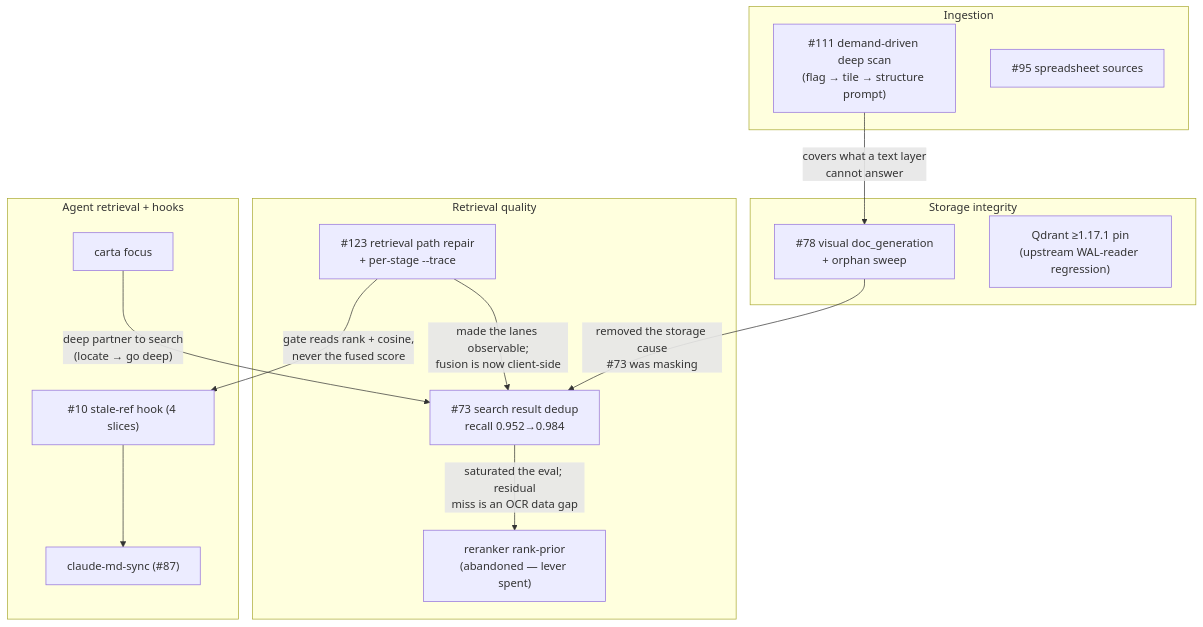
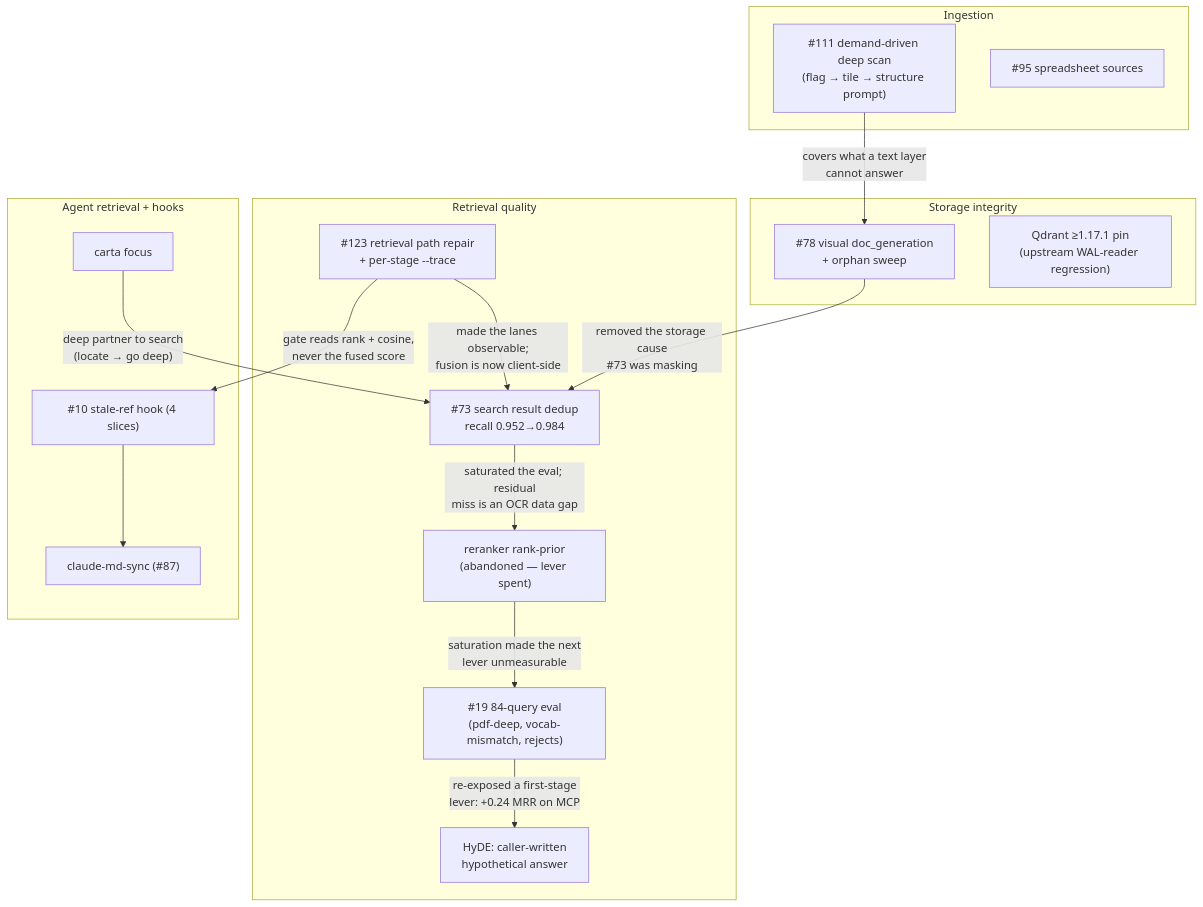
The first of 2 diagrams in docs/ROADMAP.md (Ian-q/Carta), drawn with Mermaid before and after one commit. The commit also changed other lines of this file and 14 other files, not shown here.

First line of the commit message:
feat(search): HyDE — search with a caller-written hypothetical answer (+0.24 MRR on the MCP path) (#126)

````diff
--- a/docs/ROADMAP.md
+++ b/docs/ROADMAP.md
@@ -19,28 +21,32 @@
 ```mermaid
 flowchart TD
     subgraph retrieval["Retrieval quality"]
         DEDUP["#73 search result dedup<br/>recall 0.952→0.984"]
         RERANK["reranker rank-prior<br/>(abandoned — lever spent)"]
         REPAIR["#123 retrieval path repair<br/>+ per-stage --trace"]
+        EVAL2["#19 84-query eval<br/>(pdf-deep, vocab-mismatch, rejects)"]
+        HYDE["HyDE: caller-written<br/>hypothetical answer"]
     end
     subgraph storage["Storage integrity"]
         VIS["#78 visual doc_generation<br/>+ orphan sweep"]
         WAL["Qdrant ≥1.17.1 pin<br/>(upstream WAL-reader regression)"]
     end
     subgraph ingest["Ingestion"]
         DEEP["#111 demand-driven deep scan<br/>(flag → tile → structure prompt)"]
         SHEET["#95 spreadsheet sources"]
     end
     subgraph agent["Agent retrieval + hooks"]
         FOCUS["carta focus"]
         HOOK["#10 stale-ref hook (4 slices)"]
         SYNC["claude-md-sync (#87)"]
     end
     VIS -- "removed the storage cause<br/>#73 was masking" --> DEDUP
     DEDUP -- "saturated the eval; residual<br/>miss is an OCR data gap" --> RERANK
     REPAIR -- "made the lanes observable;<br/>fusion is now client-side" --> DEDUP
     REPAIR -- "gate reads rank + cosine,<br/>never the fused score" --> HOOK
     DEEP -- "covers what a text layer<br/>cannot answer" --> VIS
     HOOK --> SYNC
     FOCUS -- "deep partner to search<br/>(locate → go deep)" --> DEDUP
+    RERANK -- "saturation made the next<br/>lever unmeasurable" --> EVAL2
+    EVAL2 -- "re-exposed a first-stage<br/>lever: +0.24 MRR on MCP" --> HYDE
 ```
````
